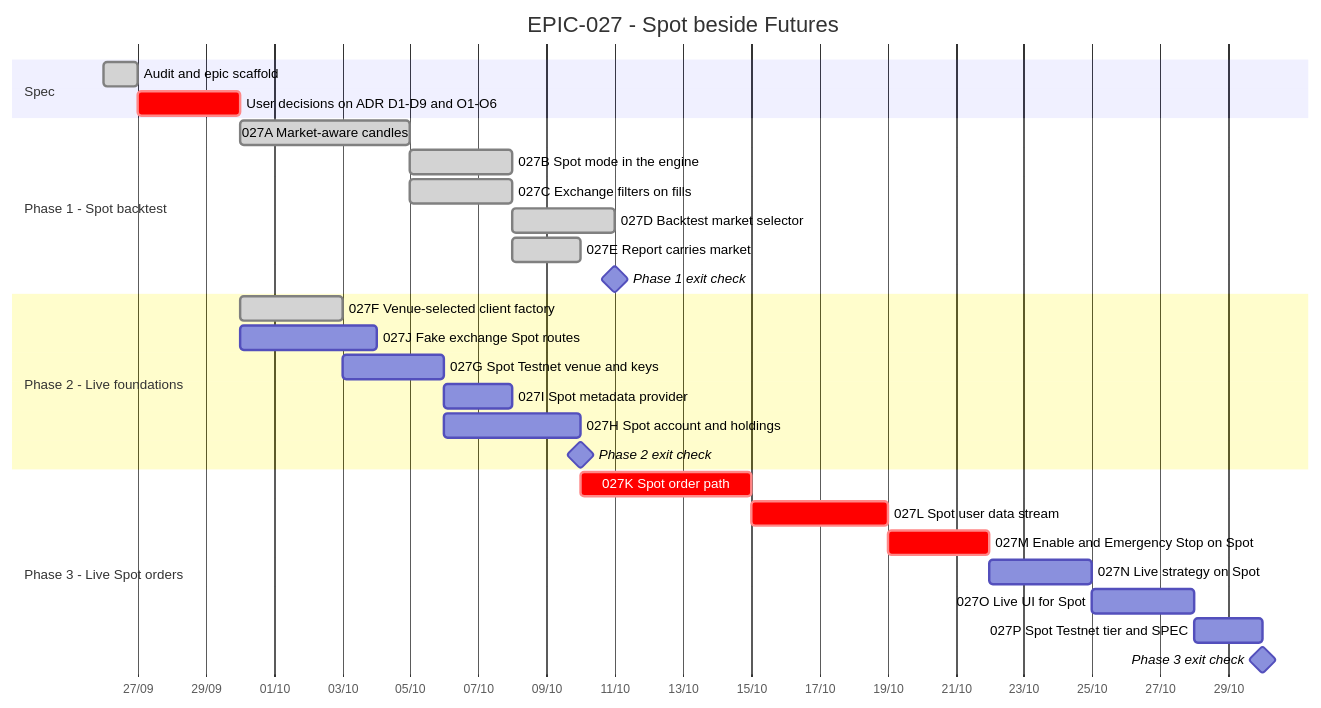
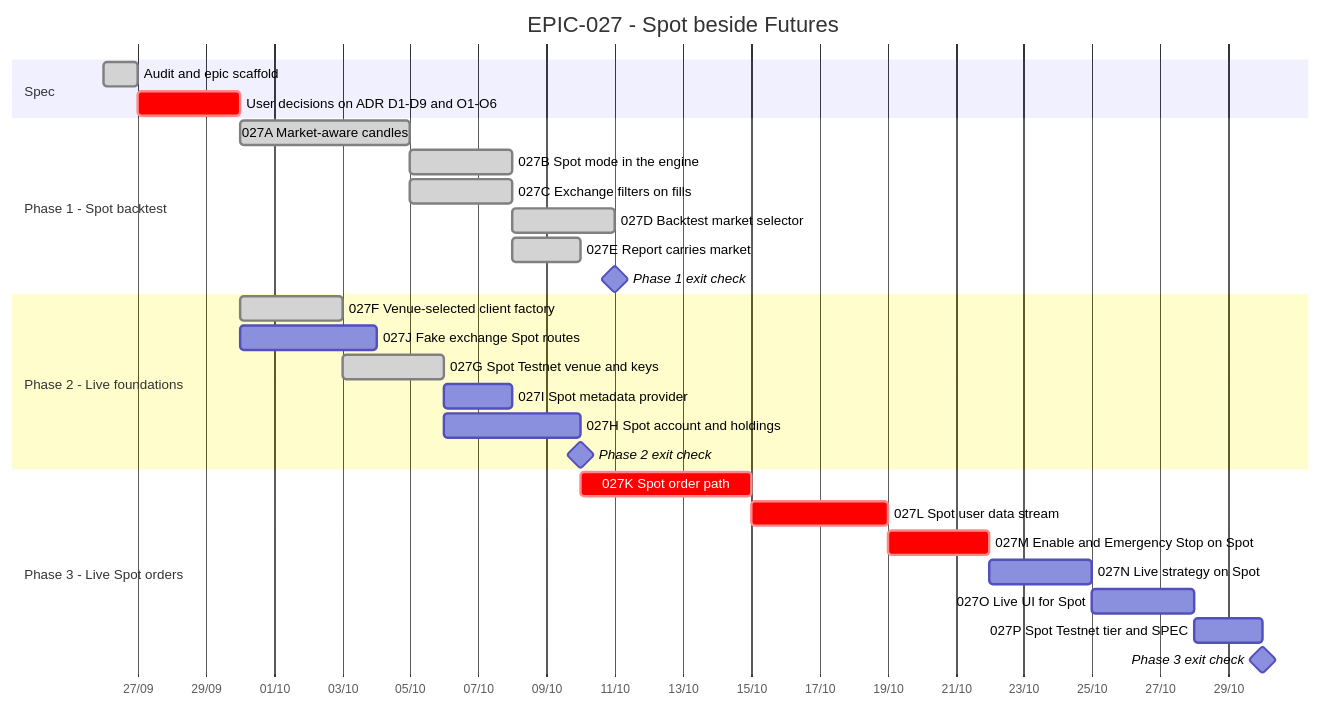
Before and after one commit to anhembedded/Sagittarius_Elite_Warrior: the diagram in Tasks/epics/EPIC-027_spot_trading_and_spot_backtest/TRACKING.md, drawn with Mermaid. The commit also changed other lines of this file and 4 other files, not shown here.

````diff
--- a/Tasks/epics/EPIC-027_spot_trading_and_spot_backtest/TRACKING.md
+++ b/Tasks/epics/EPIC-027_spot_trading_and_spot_backtest/TRACKING.md
@@ -15,36 +15,36 @@
 ```mermaid
 gantt
     title EPIC-027 - Spot beside Futures
     dateFormat  YYYY-MM-DD
     axisFormat  %d/%m
     todayMarker stroke-width:2px,stroke:#d33,opacity:0.6
 
     section Spec
     Audit and epic scaffold                 :done,    s1, 2026-09-26, 1d
     User decisions on ADR D1-D9 and O1-O6   :crit,    s2, after s1, 3d
 
     section Phase 1 - Spot backtest
     027A Market-aware candles               :done,    a, after s2, 5d
     027B Spot mode in the engine            :done,    b, after a, 3d
     027C Exchange filters on fills          :done,    c, after a, 3d
     027D Backtest market selector           :done,    d, after b, 3d
     027E Report carries market              :done,    e, after c, 2d
     Phase 1 exit check                      :milestone, m1, after d, 0d
 
     section Phase 2 - Live foundations
     027F Venue-selected client factory      :done,    f, after s2, 3d
     027J Fake exchange Spot routes          :         j, after s2, 4d
-    027G Spot Testnet venue and keys        :         g, after f, 3d
+    027G Spot Testnet venue and keys        :done,    g, after f, 3d
     027I Spot metadata provider             :         i, after g, 2d
     027H Spot account and holdings          :         h, after g j, 4d
     Phase 2 exit check                      :milestone, m2, after h, 0d
 
     section Phase 3 - Live Spot orders
     027K Spot order path                    :crit,    k, after m2, 5d
     027L Spot user data stream              :crit,    l, after k, 4d
     027M Enable and Emergency Stop on Spot  :crit,    m, after l, 3d
     027N Live strategy on Spot              :         n, after m, 3d
     027O Live UI for Spot                   :         o, after n, 3d
     027P Spot Testnet tier and SPEC         :         p, after o, 2d
     Phase 3 exit check                      :milestone, m3, after p, 0d
 ```
````
